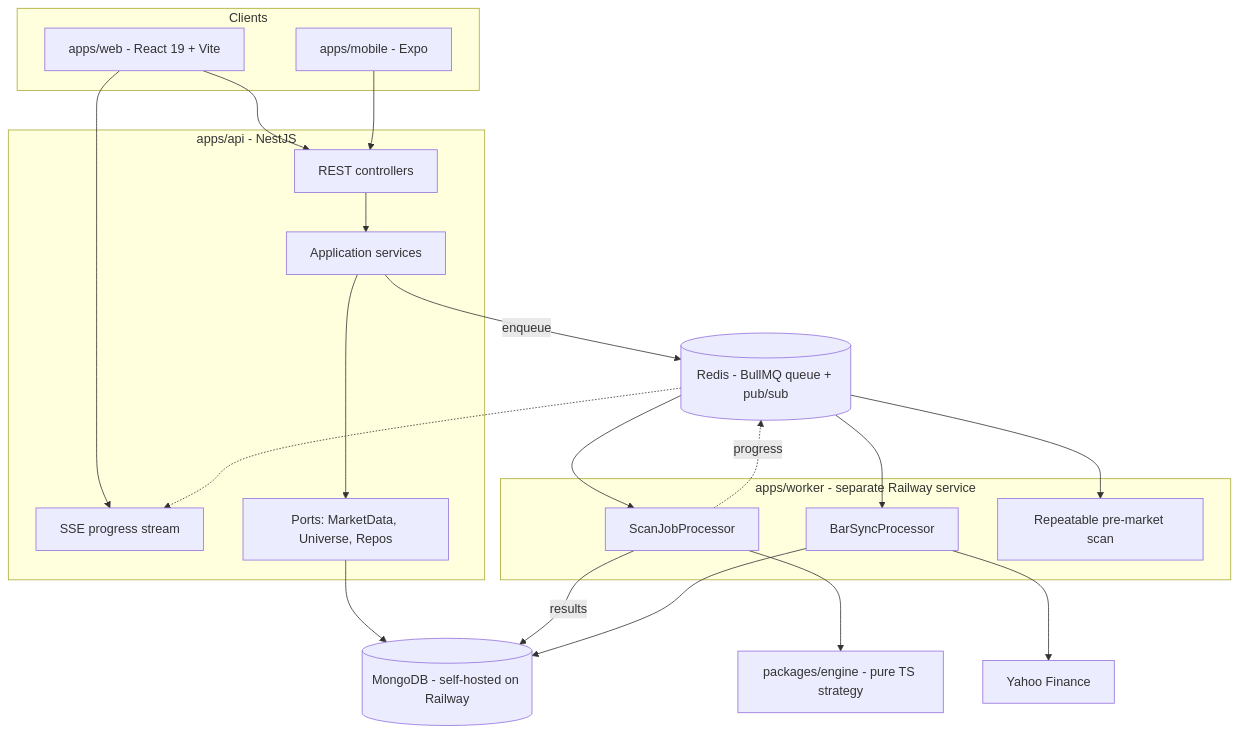
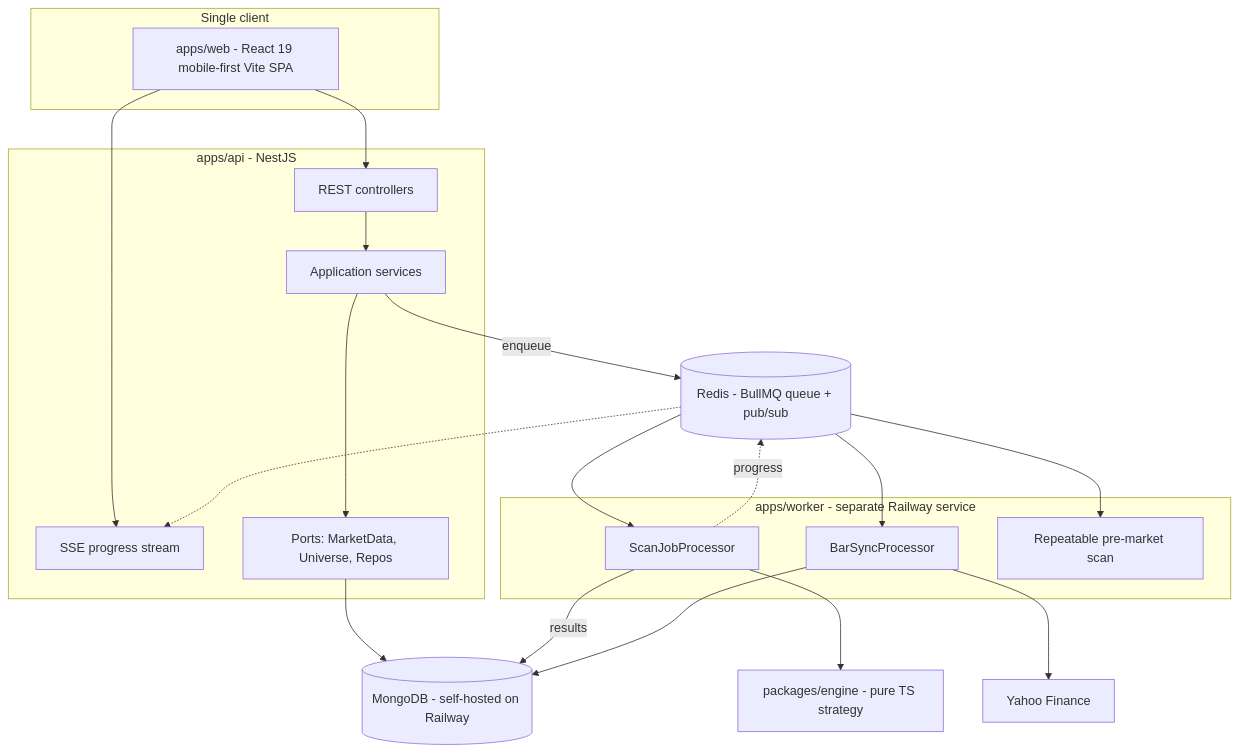
One commit to vladimirsk1234/vova-screener changed the diagram in .cursor/plans/react-mongo-refactor-design.plan.md. Above: the diagram before and after it, drawn with Mermaid. The commit also changed other lines of this file and 125 other files, not shown here.

First line of the commit message:
Add NestJS/React monorepo with chart visual parity and remove Expo mobile.

````diff
--- a/.cursor/plans/react-mongo-refactor-design.plan.md
+++ b/.cursor/plans/react-mongo-refactor-design.plan.md
@@ -47,39 +65,37 @@
 ```mermaid
 flowchart TD
-    subgraph clients [Clients]
-        Web["apps/web - React 19 + Vite"]
-        Mob["apps/mobile - Expo"]
+    subgraph clients [Single client]
+        Web["apps/web - React 19 mobile-first Vite SPA"]
     end
     subgraph api [apps/api - NestJS]
         REST[REST controllers]
         SSE[SSE progress stream]
         APP[Application services]
         PORTS[Ports: MarketData, Universe, Repos]
     end
     subgraph worker [apps/worker - separate Railway service]
         SCAN[ScanJobProcessor]
         SYNC[BarSyncProcessor]
         CRON[Repeatable pre-market scan]
     end
     Q[("Redis - BullMQ queue + pub/sub")]
     ENG["packages/engine - pure TS strategy"]
     DB[("MongoDB - self-hosted on Railway")]
     YF[Yahoo Finance]
 
     Web --> REST
     Web --> SSE
-    Mob --> REST
     REST --> APP
     APP --> PORTS
     PORTS --> DB
     APP -->|enqueue| Q
     Q --> SCAN
     Q --> SYNC
     Q --> CRON
     SCAN --> ENG
     SCAN -->|results| DB
     SYNC --> YF
     SYNC --> DB
     SCAN -.progress.-> Q
     Q -.-> SSE
 ```
````
